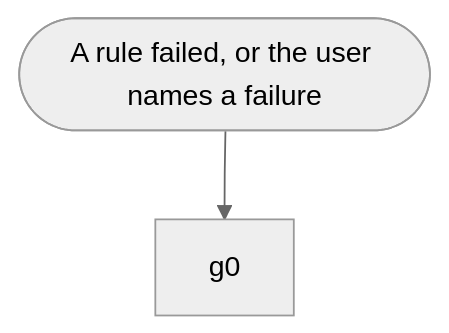
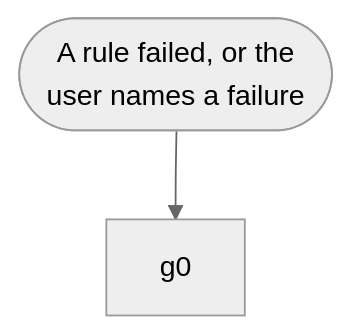
One commit to nitedani/mergeworthy changed diagram 13 of 14 in docs/graphs.md. Above: the diagram before and after it, drawn with Mermaid (neutral theme). The commit also changed other lines of this file and 1 other file, not shown here.

First line of the commit message:
Graphs: short labels wrapped into lines, so GitHub doesn't cut them off

````diff
--- a/docs/graphs.md
+++ b/docs/graphs.md
@@ -311,5 +304,5 @@
 ```mermaid
 flowchart TB
-  start(["A rule failed, or the user names a failure"])
+  start(["A rule failed, or the<br/>user names a failure"])
   start --> g0
 ```
````
